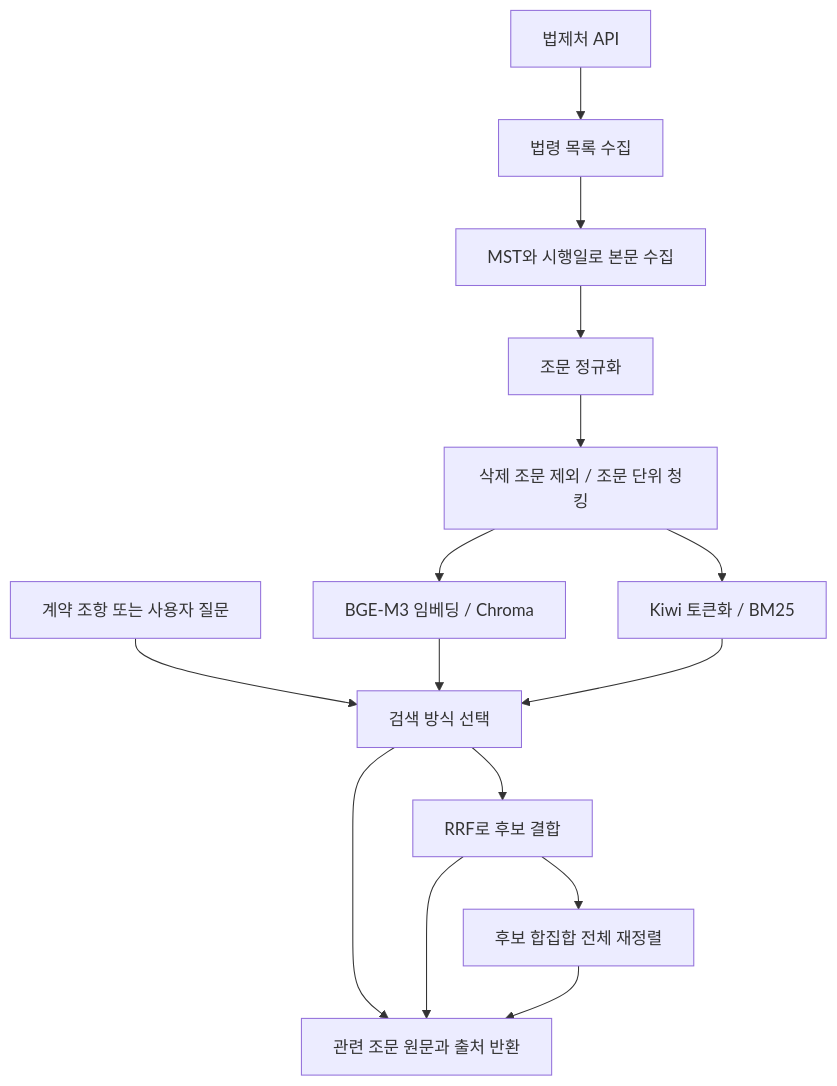
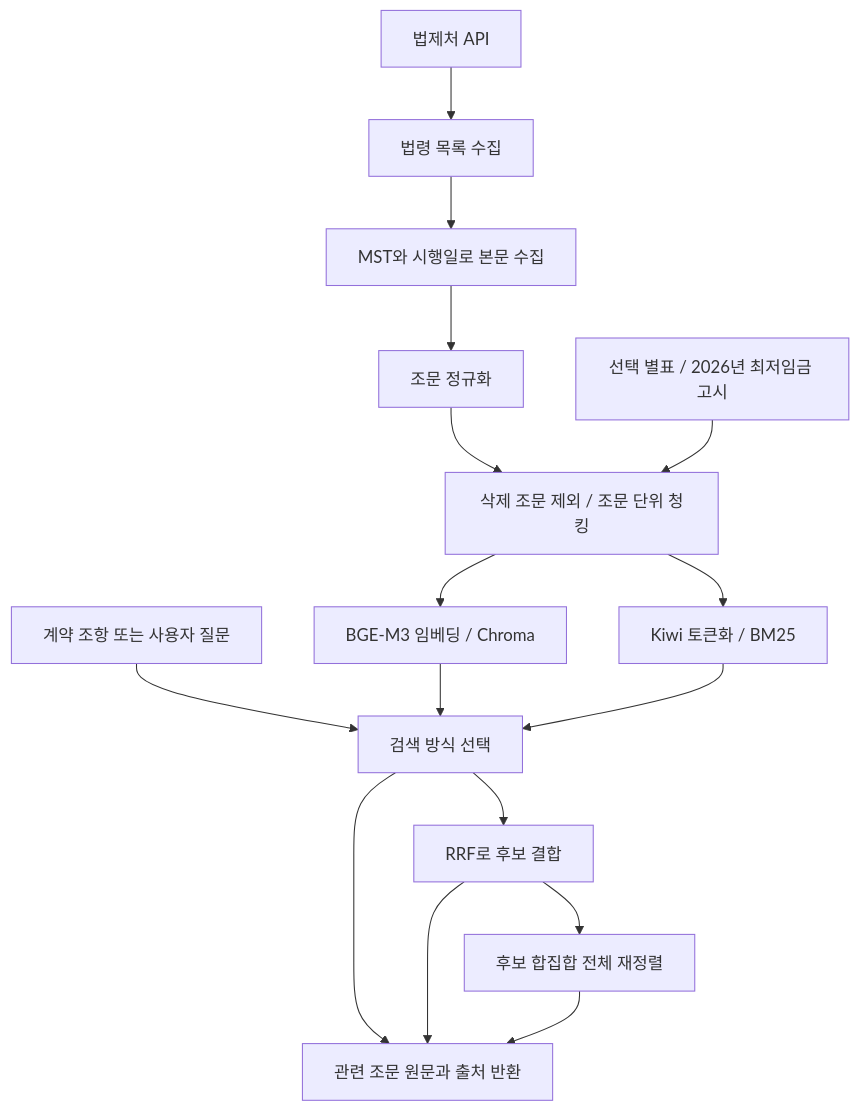
The diagram in README.md (CHECKIT-AI/CHECKIT_DATA), drawn with Mermaid before and after one commit. The commit also changed other lines of this file and 7 other files, not shown here.

````diff
--- a/README.md
+++ b/README.md
@@ -38,17 +43,18 @@
 ```mermaid
 flowchart TD
     API[법제처 API] --> COLLECT[법령 목록 수집]
     COLLECT --> BODY[MST와 시행일로 본문 수집]
     BODY --> NORMALIZE[조문 정규화]
     NORMALIZE --> CHUNK[삭제 조문 제외 / 조문 단위 청킹]
+    ASSETS[선택 별표 / 2026년 최저임금 고시] --> CHUNK
     CHUNK --> DENSE[BGE-M3 임베딩 / Chroma]
     CHUNK --> BM25[Kiwi 토큰화 / BM25]
     QUERY[계약 조항 또는 사용자 질문] --> SEARCH[검색 방식 선택]
     DENSE --> SEARCH
     BM25 --> SEARCH
     SEARCH --> OUT[관련 조문 원문과 출처 반환]
     SEARCH --> RRF[RRF로 후보 결합]
     RRF --> OUT
     RRF --> RERANK[후보 합집합 전체 재정렬]
     RERANK --> OUT
 ```
````
